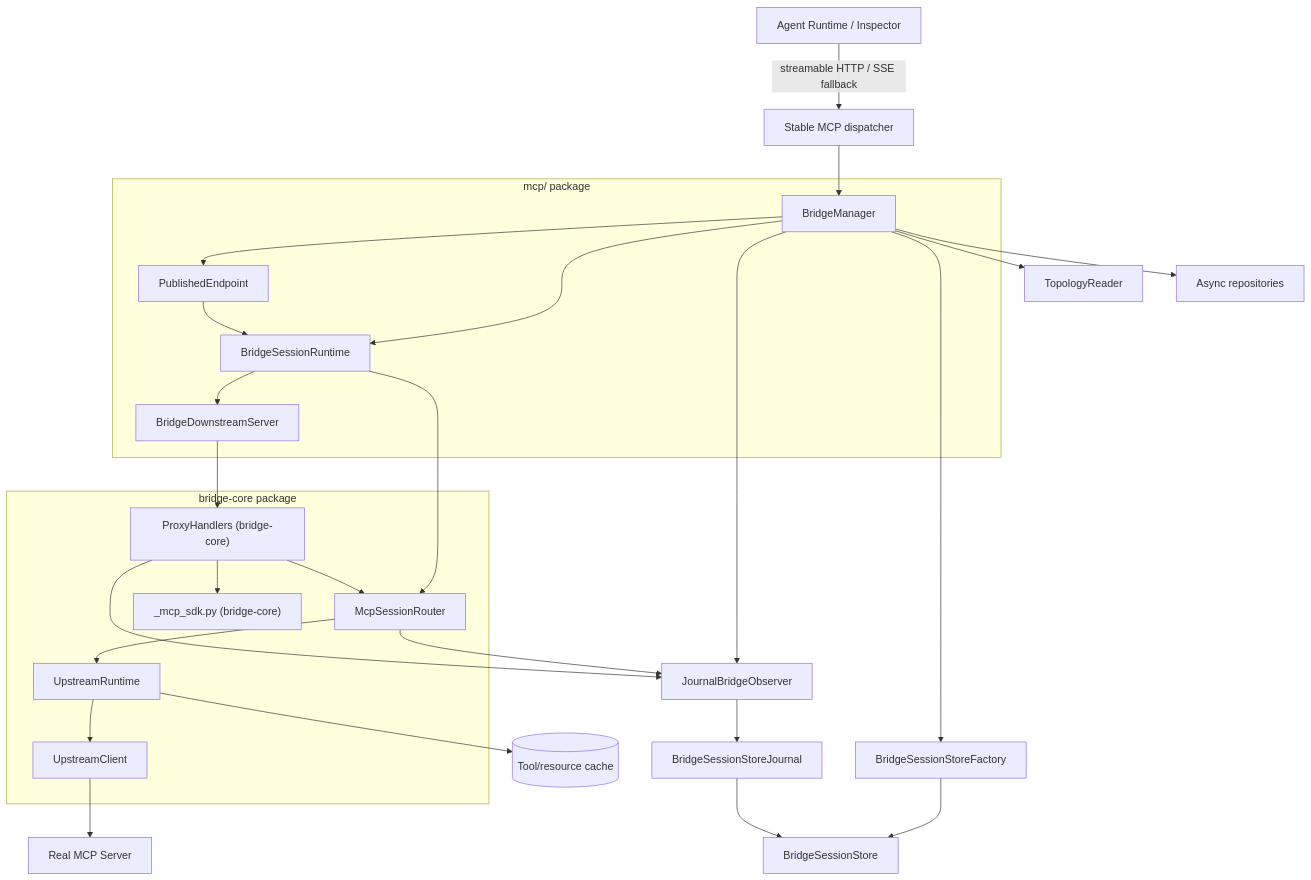
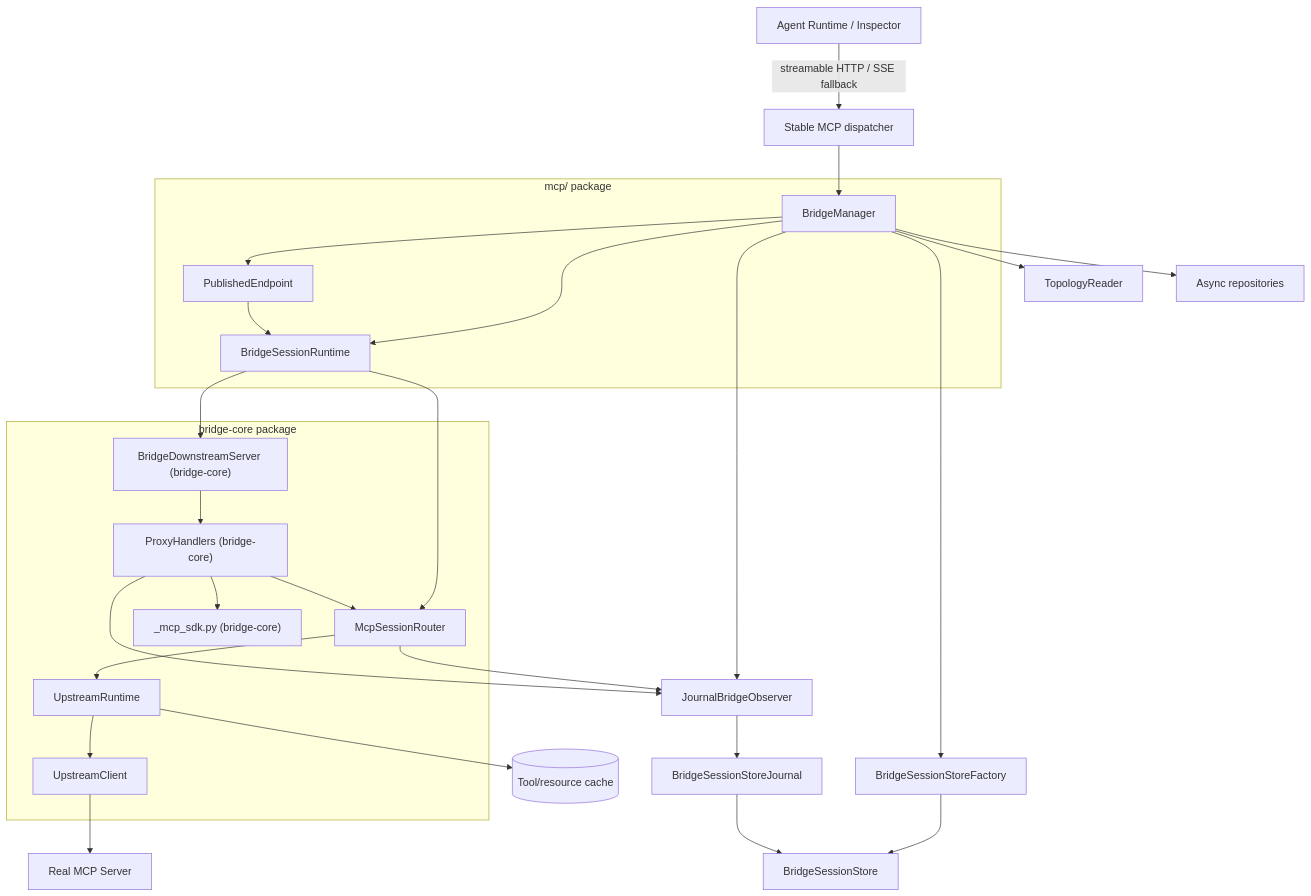
The second of 4 diagrams in docs/architecture/mcp-layer.md (JilongSun/mcpapps-bridge), drawn with Mermaid before and after one commit. The commit also changed other lines of this file and 10 other files, not shown here.

Commit message:
refactor(core): move downstream MCP transports into bridge core

````diff
--- a/docs/architecture/mcp-layer.md
+++ b/docs/architecture/mcp-layer.md
@@ -39,42 +39,42 @@
 ```mermaid
 flowchart TD
     Client["Agent Runtime / Inspector"] --> |"streamable HTTP / SSE fallback"| API["Stable MCP dispatcher"]
     API --> Manager["BridgeManager"]
     Manager --> Topology["TopologyReader"]
     Manager --> Endpoint["PublishedEndpoint"]
     Manager --> Repositories["Async repositories"]
     Manager --> Factory["BridgeSessionStoreFactory"]
     Manager --> SessionRuntime["BridgeSessionRuntime"]
     Endpoint --> SessionRuntime
-    SessionRuntime --> Downstream["BridgeDownstreamServer"]
+    SessionRuntime --> Downstream["BridgeDownstreamServer (bridge-core)"]
     Downstream --> Handlers["ProxyHandlers (bridge-core)"]
     SessionRuntime --> Router["McpSessionRouter"]
     Handlers --> Router
     Router --> Runtime["UpstreamRuntime"]
     Runtime --> Upstream["UpstreamClient"]
     Upstream --> Real["Real MCP Server"]
 
     Factory --> Store["BridgeSessionStore"]
     Manager --> Observer["JournalBridgeObserver"]
     Router --> Observer
     Handlers --> Observer
     Observer --> Journal["BridgeSessionStoreJournal"]
     Journal --> Store
     Runtime --> Cache[("Tool/resource cache")]
     Handlers --> Mapper["_mcp_sdk.py (bridge-core)"]
 
     subgraph "mcp/ package"
         Manager
         Endpoint
         SessionRuntime
-        Downstream
     end
 
     subgraph "bridge-core package"
+        Downstream
         Handlers
         Mapper
         Router
         Runtime
         Upstream
     end
 ```
````
